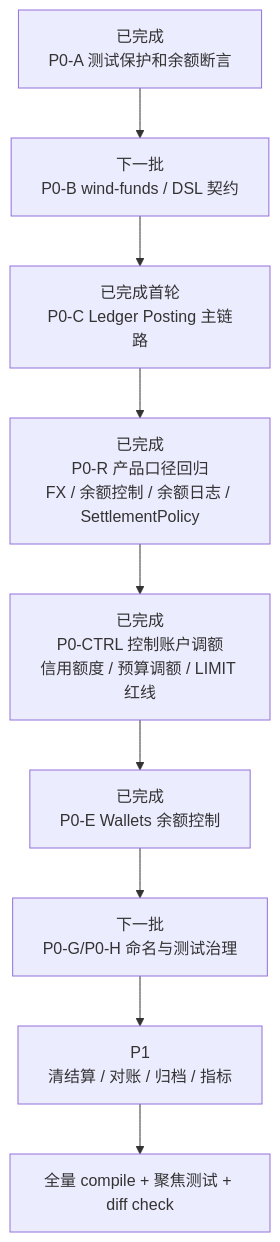
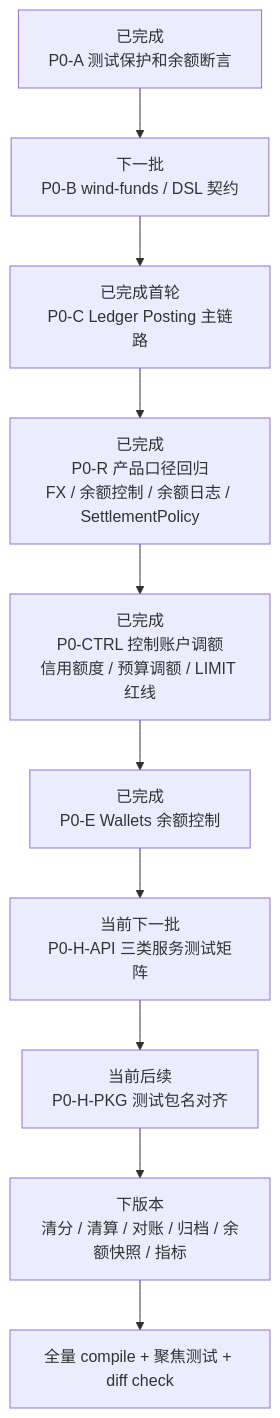
The diagram in docs/v5/系分设计/P0 编码任务拆分.md (fengwuxp/wind-funds), drawn with Mermaid before and after one commit. The commit also changed other lines of this file and 2 other files, not shown here.

````diff
--- a/docs/v5/系分设计/P0 编码任务拆分.md
+++ b/docs/v5/系分设计/P0 编码任务拆分.md
@@ -303,11 +307,12 @@
 ```mermaid
 flowchart TD
     A["已完成\nP0-A 测试保护和余额断言"] --> B["下一批\nP0-B wind-funds / DSL 契约"]
     B --> C["已完成首轮\nP0-C Ledger Posting 主链路"]
     C --> R["已完成\nP0-R 产品口径回归\nFX / 余额控制 / 余额日志 / SettlementPolicy"]
     R --> CTRL["已完成\nP0-CTRL 控制账户调额\n信用额度 / 预算调额 / LIMIT 红线"]
     CTRL --> D["已完成\nP0-E Wallets 余额控制"]
-    D --> H["下一批\nP0-G/P0-H 命名与测试治理"]
-    H --> E["P1\n清结算 / 对账 / 归档 / 指标"]
+    D --> H["当前下一批\nP0-H-API 三类服务测试矩阵"]
+    H --> P["当前后续\nP0-H-PKG 测试包名对齐"]
+    P --> E["下版本\n清分 / 清算 / 对账 / 归档 / 余额快照 / 指标"]
     E --> G["全量 compile + 聚焦测试 + diff check"]
 ```
````
